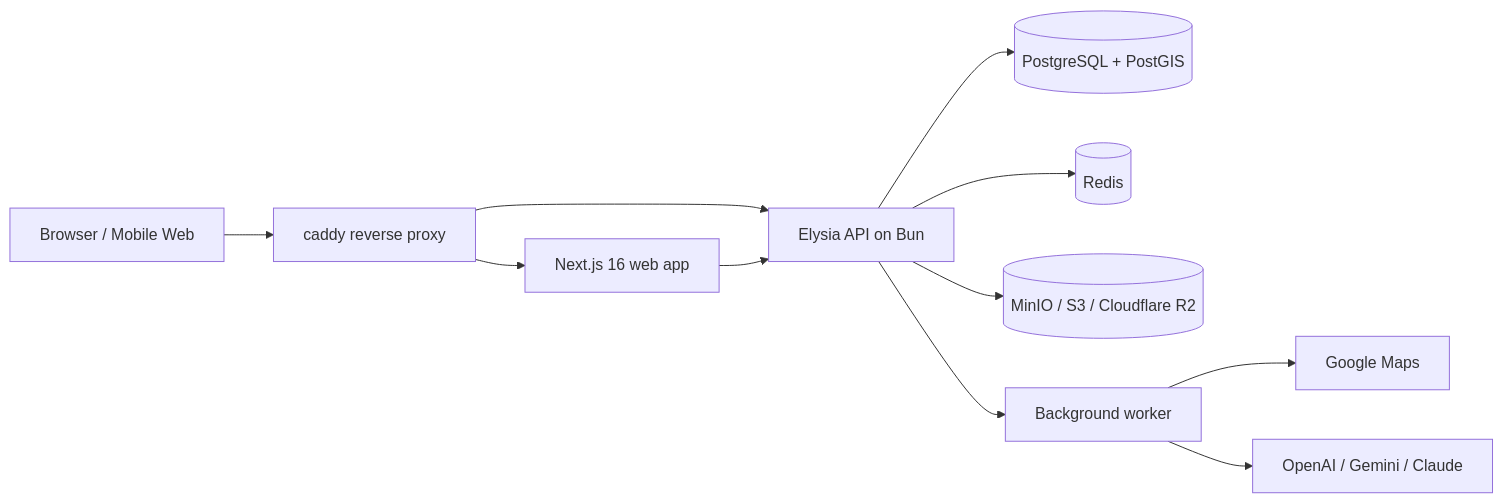
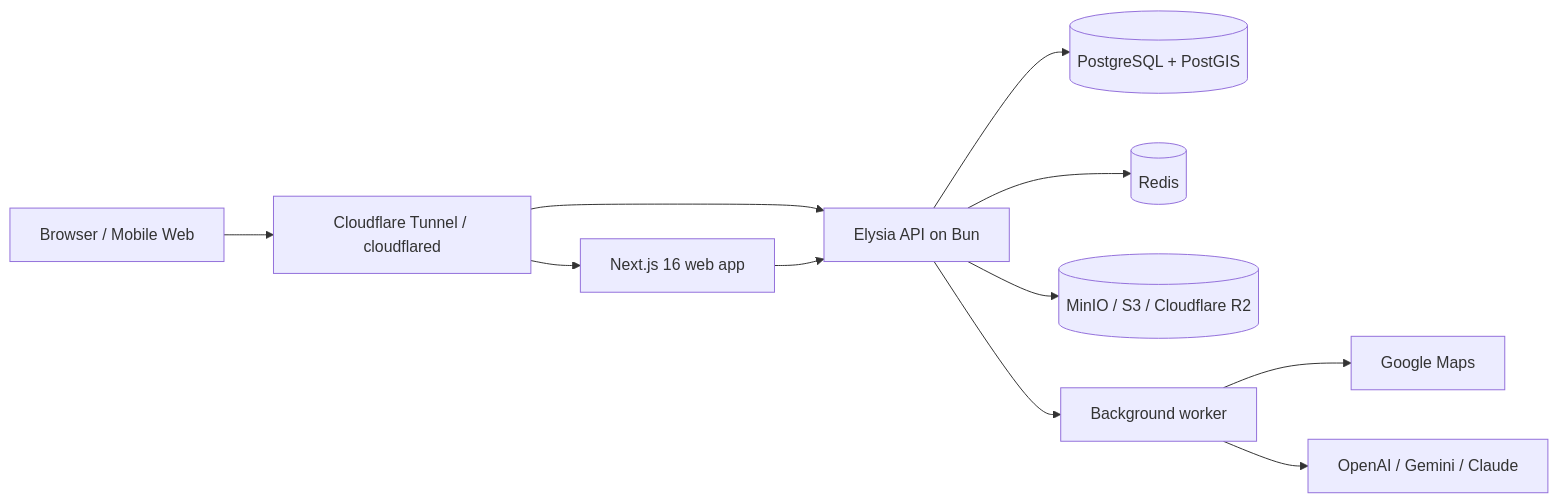
Before and after one commit to Shad1OwO/Prot_end: the first of 2 diagrams in tourist-destination-recommendation-platform-plan.md, drawn with Mermaid. The commit also changed 5 other files, not shown here.

First line of the commit message:
Replace Caddy with a Cloudflare Tunnel

```diff
--- a/tourist-destination-recommendation-platform-plan.md
+++ b/tourist-destination-recommendation-platform-plan.md
@@ -11,13 +11,13 @@
 ~~~mermaid
 flowchart LR
-  Browser[Browser / Mobile Web] --> Proxy[caddy reverse proxy]
+  Browser[Browser / Mobile Web] --> Proxy[Cloudflare Tunnel / cloudflared]
   Proxy --> Web[Next.js 16 web app]
   Proxy --> API[Elysia API on Bun]
   Web --> API
   API --> DB[(PostgreSQL + PostGIS)]
   API --> Cache[(Redis)]
   API --> Storage[(MinIO / S3 / Cloudflare R2)]
   API --> Worker[Background worker]
   Worker --> Maps[Google Maps]
   Worker --> AI[OpenAI / Gemini / Claude]
 ~~~
```
